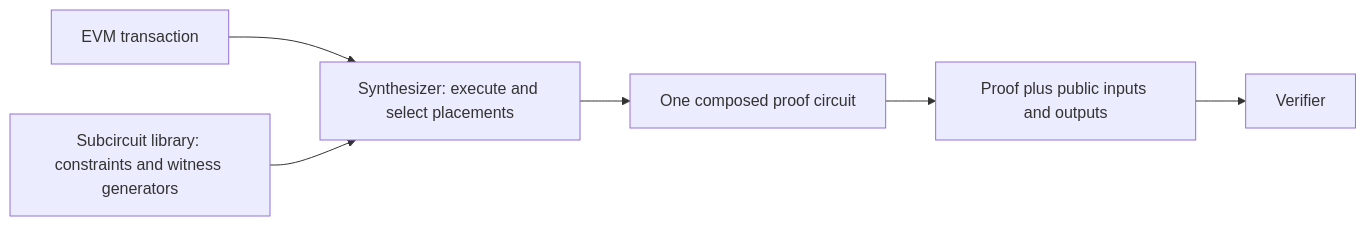
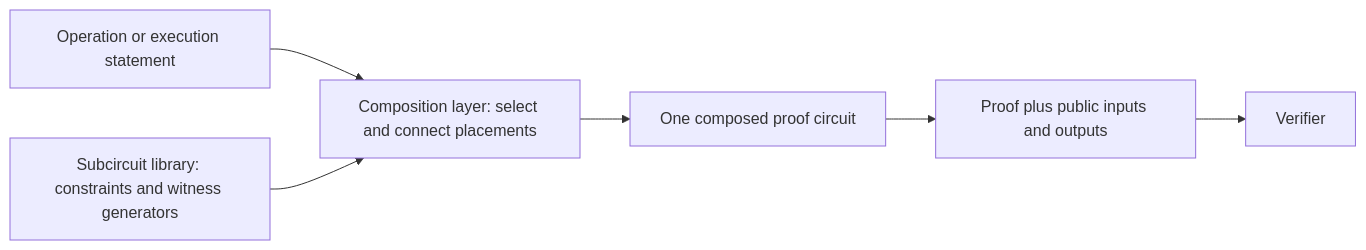
The diagram in packages/frontend/qap-compiler/docs/circuit-implementation-reference.md (JehyukJang/Tokamak-zk-EVM), drawn with Mermaid before and after one commit. The commit also changed other lines of this file and 29 other files, not shown here.

````diff
--- a/packages/frontend/qap-compiler/docs/circuit-implementation-reference.md
+++ b/packages/frontend/qap-compiler/docs/circuit-implementation-reference.md
@@ -38,8 +37,8 @@
 ```mermaid
 flowchart LR
-    transaction["EVM transaction"] --> synthesizer["Synthesizer: execute and select placements"]
-    library["Subcircuit library: constraints and witness generators"] --> synthesizer
-    synthesizer --> composed["One composed proof circuit"]
+    statement["Operation or execution statement"] --> composer["Composition layer: select and connect placements"]
+    library["Subcircuit library: constraints and witness generators"] --> composer
+    composer --> composed["One composed proof circuit"]
     composed --> proof["Proof plus public inputs and outputs"]
     proof --> verifier["Verifier"]
 ```
````
